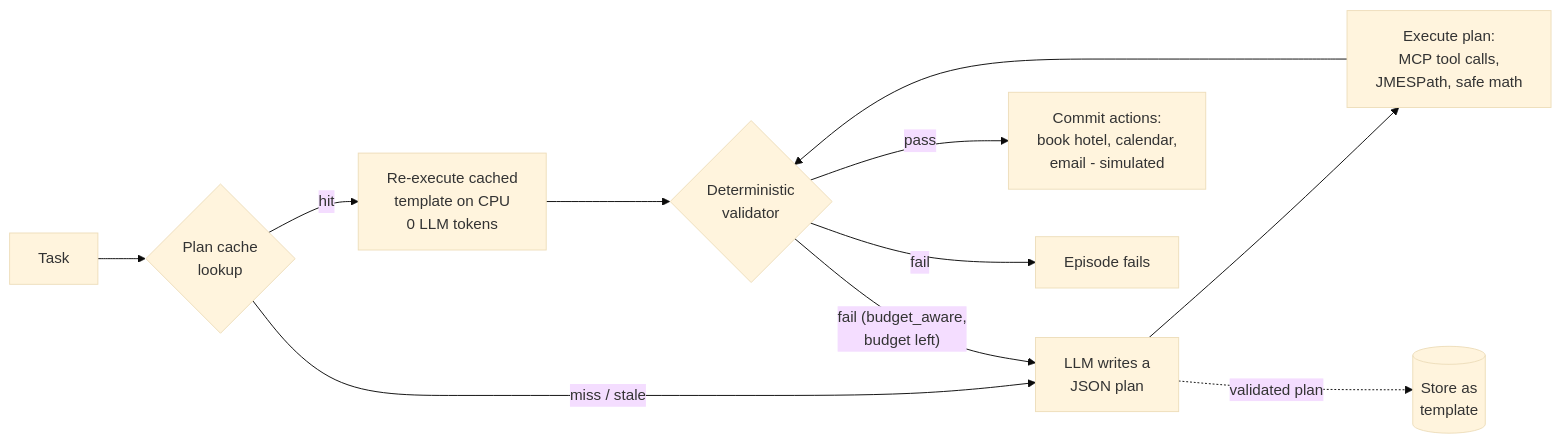
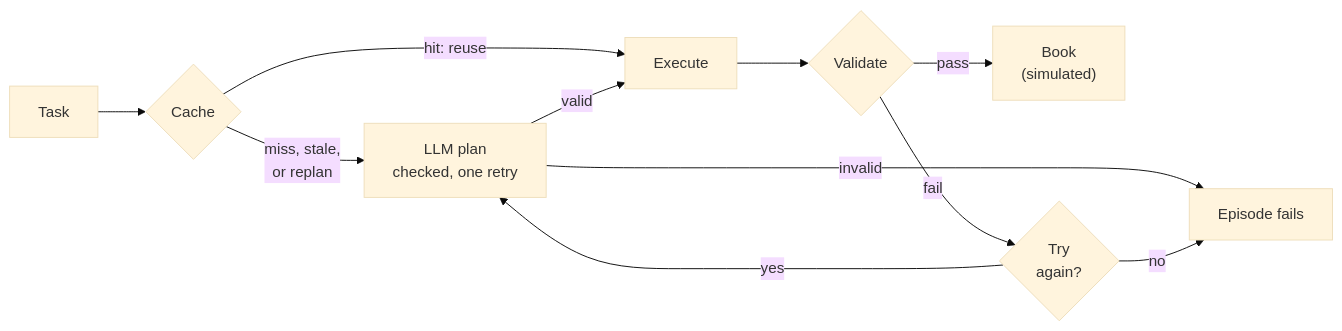
The diagram in docs/ABOUT.md (aystechy/travel_mcp_eval), drawn with Mermaid (base theme) before and after one commit. The commit also changed other lines of this file, not shown here.

Commit message:
Updated how one episode works

````diff
--- a/docs/ABOUT.md
+++ b/docs/ABOUT.md
@@ -14,12 +14,13 @@
 ```mermaid
 flowchart LR
-    T[Task] --> L{Plan cache<br/>lookup}
-    L -- hit --> R[Re-execute cached<br/>template on CPU<br/>0 LLM tokens]
-    L -- "miss / stale" --> P[LLM writes a<br/>JSON plan]
-    R --> V{Deterministic<br/>validator}
-    P --> X[Execute plan:<br/>MCP tool calls,<br/>JMESPath, safe math] --> V
-    V -- pass --> A[Commit actions:<br/>book hotel, calendar,<br/>email - simulated]
-    V -- "fail (budget_aware,<br/>budget left)" --> P
-    V -- fail --> F[Episode fails]
-    P -. validated plan .-> S[(Store as<br/>template)]
+    T[Task] --> L{Cache}
+    L -- "miss, stale,<br/>or replan" --> P["LLM plan<br/>checked, one retry"]
+    L -- "hit: reuse" --> X[Execute]
+    P -- valid --> X
+    P -- invalid --> F[Episode fails]
+    X --> V{Validate}
+    V -- pass --> B["Book<br/>(simulated)"]
+    V -- fail --> D{"Try<br/>again?"}
+    D -- yes --> P
+    D -- no --> F
 ```
````
